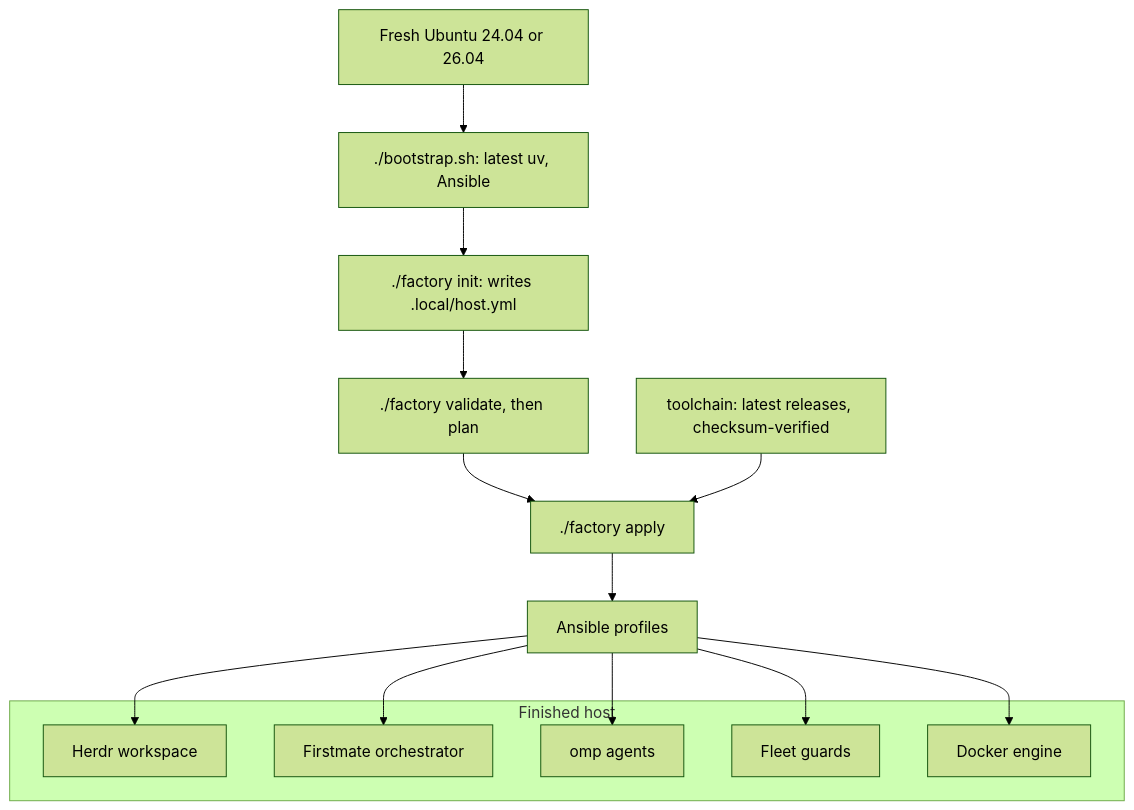
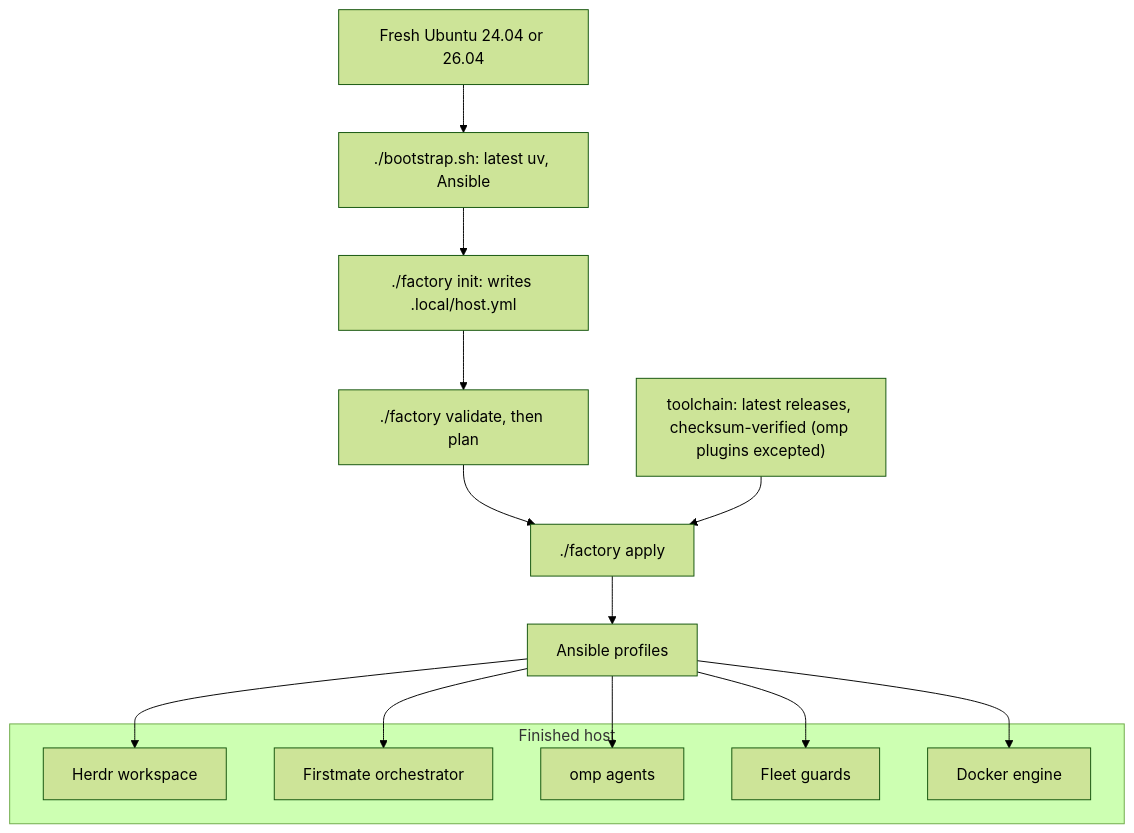
The diagram in README.md (i098/Code-Factory), drawn with Mermaid (forest theme) before and after one commit. The commit also changed other lines of this file and 6 other files, not shown here.

````diff
--- a/README.md
+++ b/README.md
@@ -5,21 +5,21 @@
 ```mermaid
 flowchart TD
     box["Fresh Ubuntu 24.04 or 26.04"] --> boot["./bootstrap.sh: latest uv, Ansible"]
     boot --> init["./factory init: writes .local/host.yml"]
     init --> check["./factory validate, then plan"]
     check --> apply["./factory apply"]
-    lock["toolchain: latest releases, checksum-verified"] --> apply
+    lock["toolchain: latest releases, checksum-verified (omp plugins excepted)"] --> apply
     apply --> profiles["Ansible profiles"]
     subgraph host["Finished host"]
         herdr["Herdr workspace"]
         fm["Firstmate orchestrator"]
         agents["omp agents"]
         guards["Fleet guards"]
         docker["Docker engine"]
     end
     profiles --> herdr
     profiles --> fm
     profiles --> agents
     profiles --> guards
     profiles --> docker
 ```
````
